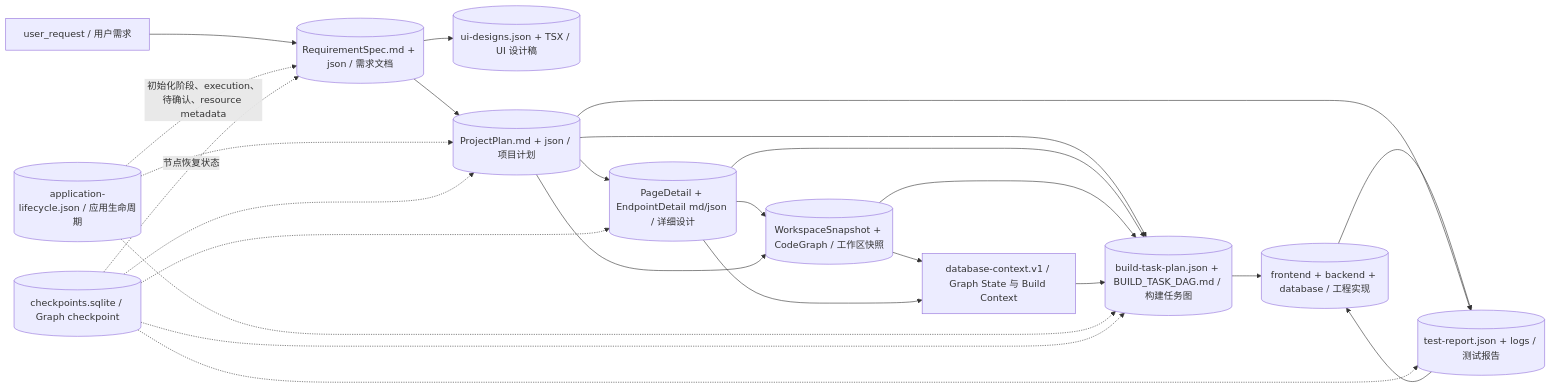
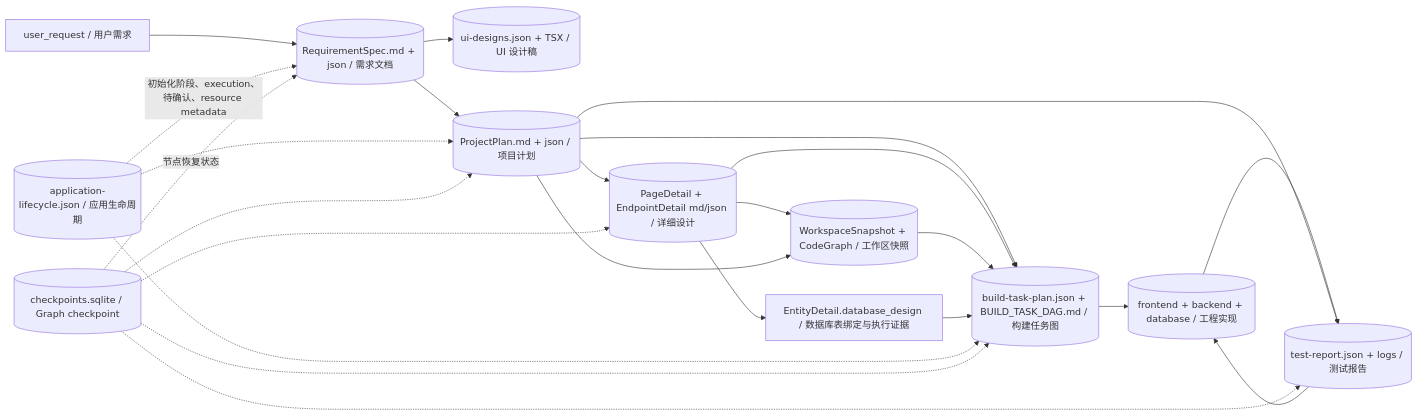
Before and after one commit to YYYWYF/XCodeAgent: the tenth of 11 diagrams in docs/XCODEAGENT_COMPLETE_WORKFLOW.md, drawn with Mermaid. The commit also changed other lines of this file and 38 other files, not shown here.

````diff
--- a/docs/XCODEAGENT_COMPLETE_WORKFLOW.md
+++ b/docs/XCODEAGENT_COMPLETE_WORKFLOW.md
@@ -795,41 +776,40 @@
 ```mermaid
 flowchart LR
     U["user_request / 用户需求"]
     RS[("RequirementSpec.md + json / 需求文档")]
     UI[("ui-designs.json + TSX / UI 设计稿")]
     PP[("ProjectPlan.md + json / 项目计划")]
     DT[("PageDetail + EndpointDetail md/json / 详细设计")]
     WS[("WorkspaceSnapshot + CodeGraph / 工作区快照")]
-    DB["database-context.v1 / Graph State 与 Build Context"]
+    ED["EntityDetail.database_design / 数据库表绑定与执行证据"]
     DAG[("build-task-plan.json + BUILD_TASK_DAG.md / 构建任务图")]
     SRC[("frontend + backend + database / 工程实现")]
     TR[("test-report.json + logs / 测试报告")]
     LC[("application-lifecycle.json / 应用生命周期")]
     CP[("checkpoints.sqlite / Graph checkpoint")]
 
     U --> RS
     RS --> UI
     RS --> PP
     PP --> DT
     DT --> WS
     PP --> WS
-    WS --> DB
-    DT --> DB
+    DT --> ED
     PP --> DAG
     DT --> DAG
     WS --> DAG
-    DB --> DAG
+    ED --> DAG
     DAG --> SRC
     SRC --> TR
     PP --> TR
     TR --> SRC
 
     LC -.->|"初始化阶段、execution、待确认、resource metadata"| RS
     LC -.-> PP
     LC -.-> DAG
     CP -.->|"节点恢复状态"| RS
     CP -.-> PP
     CP -.-> DT
     CP -.-> DAG
     CP -.-> TR
 ```
````
